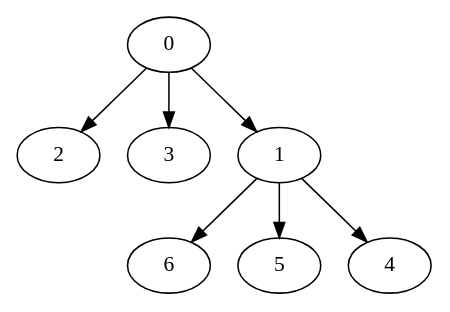
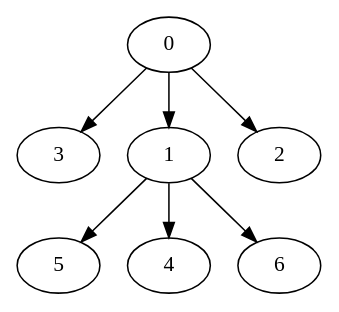
Before and after one commit to Akrya/Scheduler: the diagram in Nodes_7_OutTree-output.dot, drawn with Graphviz. The commit also changed 21 other files, not shown here.

```diff
--- a/Nodes_7_OutTree-output.dot
+++ b/Nodes_7_OutTree-output.dot
@@ -1,15 +1,15 @@
 digraph "Nodes_7_OutTree-output" {
-	 2	 [Weight=5.0,Start=16.0,Processor=0];
-	 6	 [Weight=7.0,Start=21.0,Processor=0];
-	 3	 [Weight=6.0,Start=22.0,Processor=1];
+	 5	 [Weight=7.0,Start=15.0,Processor=0];
+	 3	 [Weight=6.0,Start=22.0,Processor=0];
+	 4	 [Weight=4.0,Start=23.0,Processor=1];
 	 0	 [Weight=5.0,Start=0.0,Processor=1];
 	 1	 [Weight=6.0,Start=5.0,Processor=1];
-	 5	 [Weight=7.0,Start=15.0,Processor=1];
-	 4	 [Weight=4.0,Start=11.0,Processor=1];
+	 6	 [Weight=7.0,Start=16.0,Processor=1];
+	 2	 [Weight=5.0,Start=11.0,Processor=1];
 	 0 -> 1	[Weight=15.0];
 	 0 -> 2	[Weight=11.0];
 	 0 -> 3	[Weight=11.0];
 	 1 -> 4	[Weight=19.0];
 	 1 -> 5	[Weight=4.0];
 	 1 -> 6	[Weight=21.0];
 }
```
